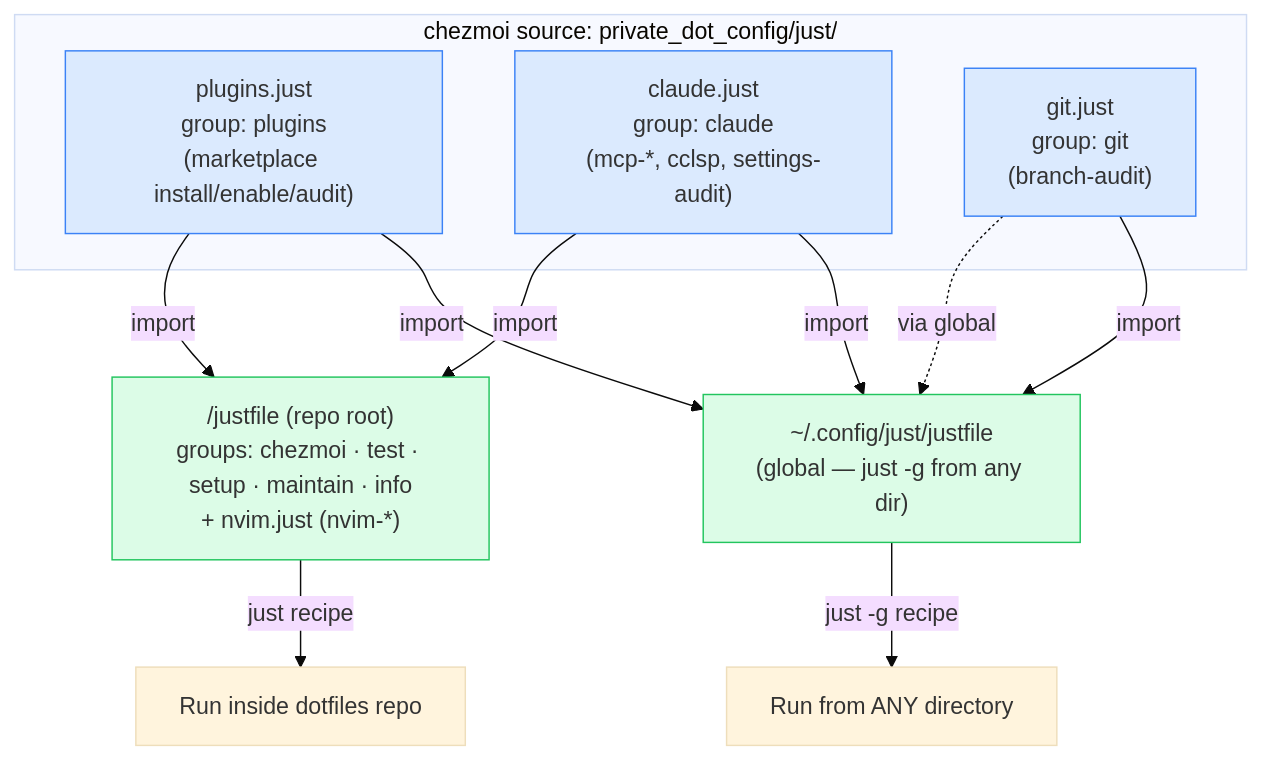
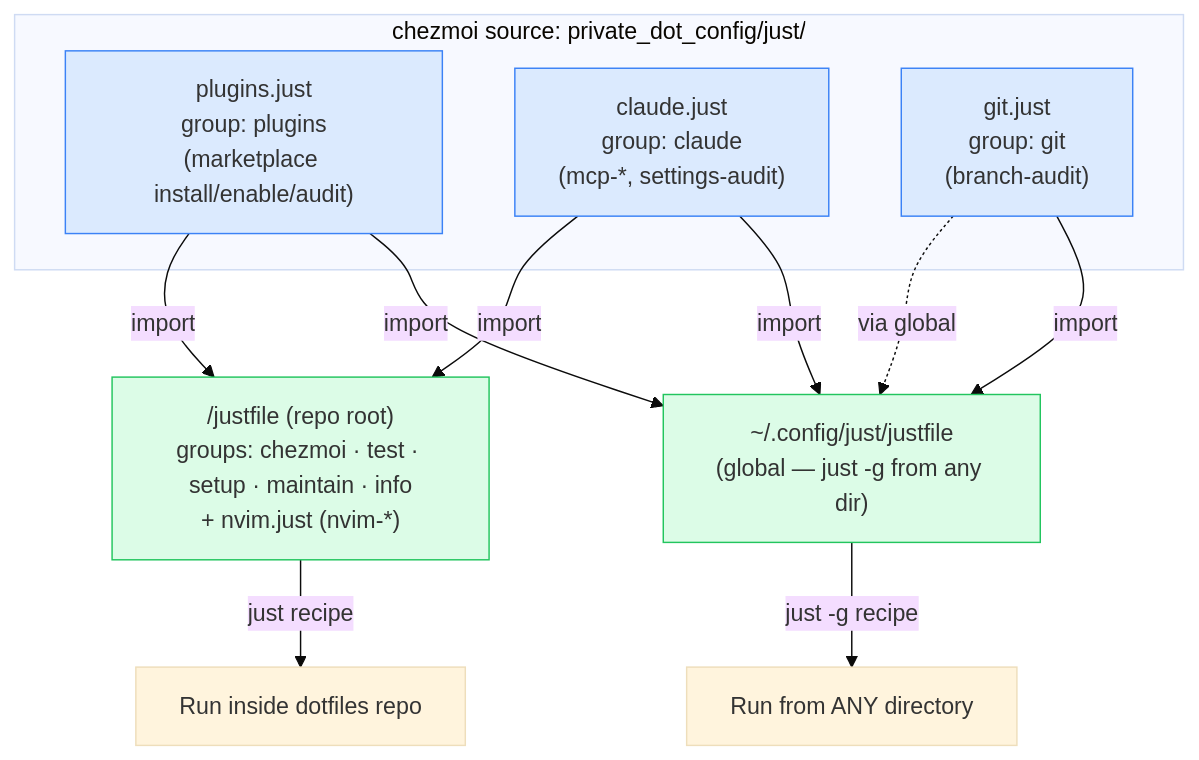
Before and after one commit to laurigates/dotfiles: the first of 2 diagrams in docs/justfile-architecture.md, drawn with Mermaid (base theme). The commit also changed other lines of this file and 3 other files, not shown here.

First line of the commit message:
chore(claude): drop cclsp, superseded by the native LSP client (#389)

````diff
--- a/docs/justfile-architecture.md
+++ b/docs/justfile-architecture.md
@@ -18,26 +18,26 @@
 ```mermaid
 flowchart TD
     subgraph src["chezmoi source: private_dot_config/just/"]
         plugins["plugins.just<br/>group: plugins<br/>(marketplace install/enable/audit)"]
-        claude["claude.just<br/>group: claude<br/>(mcp-*, cclsp, settings-audit)"]
+        claude["claude.just<br/>group: claude<br/>(mcp-*, settings-audit)"]
         git["git.just<br/>group: git<br/>(branch-audit)"]
     end
 
     root["/justfile (repo root)<br/>groups: chezmoi · test · setup · maintain · info<br/>+ nvim.just (nvim-*)"]
     global["~/.config/just/justfile<br/>(global — just -g from any dir)"]
 
     plugins -->|import| root
     claude  -->|import| root
     git -.->|via global| global
     plugins -->|import| global
     claude  -->|import| global
     git     -->|import| global
 
     root -->|"just recipe"| dev["Run inside dotfiles repo"]
     global -->|"just -g recipe"| any["Run from ANY directory"]
 
     classDef mod fill:#dbeafe,stroke:#3b82f6;
     classDef entry fill:#dcfce7,stroke:#22c55e;
     class plugins,claude,git mod;
     class root,global entry;
 ```
````
